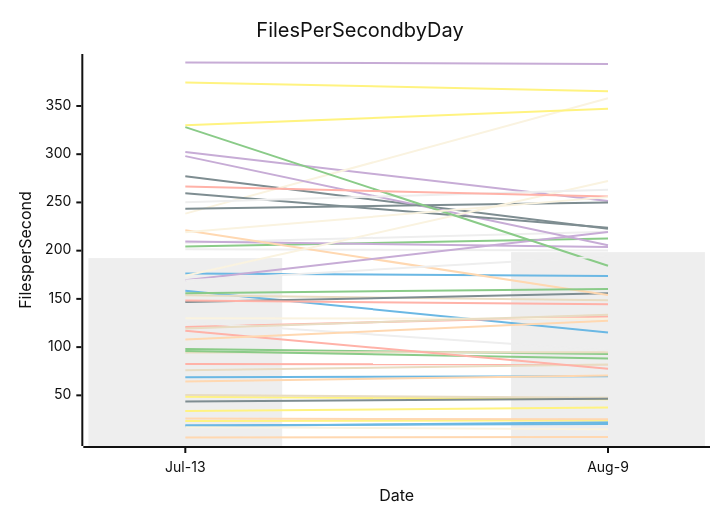
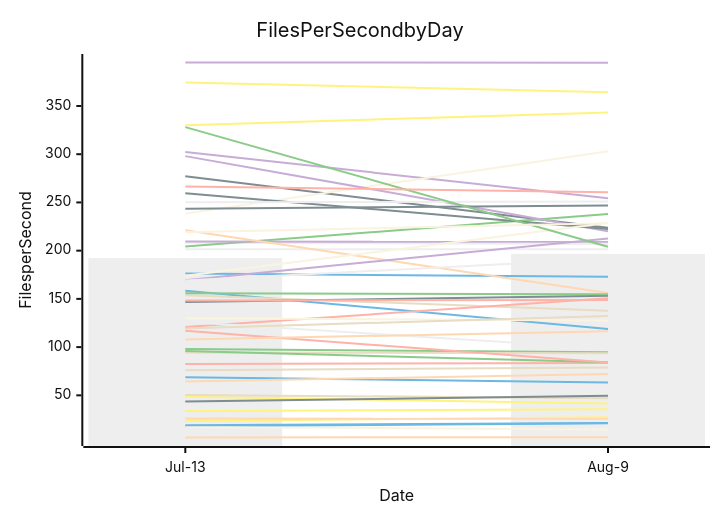
Before and after one commit to streetsidesoftware/cspell: the diagram in perf-report.md, drawn with Mermaid (neutral theme). The commit also changed other lines of this file and 2 other files, not shown here.

````diff
--- a/perf-report.md
+++ b/perf-report.md
@@ -11,57 +11,57 @@
 ```mermaid
 xychart-beta
     title Files Per Second by Day
     y-axis Files per Second
     x-axis Date [Jul-13, Aug-9]
-    bar [192.31, 198.47]
-    line [17.82, 22.06]
-    line [97.93, 92.84]
-    line [302.24, 251.48]
-    line [94.47, 94.76]
-    line [82.41, 82.14]
-    line [48.47, 46.00]
-    line [277.07, 222.59]
-    line [6.29, 6.71]
-    line [238.39, 357.94]
-    line [208.19, 219.58]
-    line [158.48, 115.21]
-    line [204.20, 212.66]
-    line [209.39, 203.73]
-    line [153.81, 148.68]
-    line [120.84, 131.73]
-    line [23.34, 24.13]
-    line [146.76, 155.76]
-    line [25.88, 25.22]
-    line [17.18, 14.73]
-    line [201.45, 200.13]
-    line [176.39, 173.62]
-    line [96.02, 88.31]
-    line [298.01, 205.58]
-    line [76.00, 81.96]
-    line [148.29, 144.54]
-    line [374.43, 365.35]
-    line [259.46, 223.63]
-    line [221.06, 154.11]
-    line [129.95, 129.46]
-    line [126.09, 96.79]
-    line [68.71, 69.75]
-    line [155.87, 160.28]
-    line [169.41, 219.25]
-    line [50.42, 47.62]
-    line [116.87, 77.69]
-    line [330.04, 347.03]
-    line [243.47, 250.03]
-    line [64.41, 70.49]
-    line [174.01, 272.12]
-    line [250.26, 263.27]
-    line [18.90, 20.31]
-    line [328.06, 184.28]
-    line [395.07, 393.63]
-    line [119.39, 133.67]
-    line [266.63, 256.06]
-    line [33.78, 37.41]
-    line [43.65, 46.54]
-    line [107.84, 127.39]
-    line [218.96, 255.50]
-    line [169.05, 194.32]
+    bar [192.31, 196.65]
+    line [17.82, 21.01]
+    line [97.93, 94.75]
+    line [302.24, 254.45]
+    line [94.47, 93.58]
+    line [82.41, 83.53]
+    line [48.47, 41.56]
+    line [277.07, 223.75]
+    line [6.29, 6.63]
+    line [238.39, 303.07]
+    line [208.19, 206.95]
+    line [158.48, 118.82]
+    line [204.20, 237.89]
+    line [209.39, 209.12]
+    line [153.81, 137.63]
+    line [120.84, 150.63]
+    line [23.34, 27.36]
+    line [146.76, 153.33]
+    line [25.88, 25.71]
+    line [17.18, 14.62]
+    line [201.45, 201.37]
+    line [176.39, 172.90]
+    line [96.02, 84.37]
+    line [298.01, 220.18]
+    line [76.00, 78.78]
+    line [148.29, 148.87]
+    line [374.43, 364.28]
+    line [259.46, 222.33]
+    line [221.06, 156.14]
+    line [129.95, 127.66]
+    line [126.09, 98.48]
+    line [68.71, 63.42]
+    line [155.87, 154.69]
+    line [169.41, 212.61]
+    line [50.42, 47.04]
+    line [116.87, 83.93]
+    line [330.04, 343.19]
+    line [243.47, 246.86]
+    line [64.41, 72.16]
+    line [174.01, 228.69]
+    line [250.26, 250.95]
+    line [18.90, 21.33]
+    line [328.06, 204.04]
+    line [395.07, 394.87]
+    line [119.39, 132.27]
+    line [266.63, 260.68]
+    line [33.78, 35.66]
+    line [43.65, 49.52]
+    line [107.84, 116.40]
+    line [218.96, 228.46]
+    line [169.05, 191.52]
 ```
````
